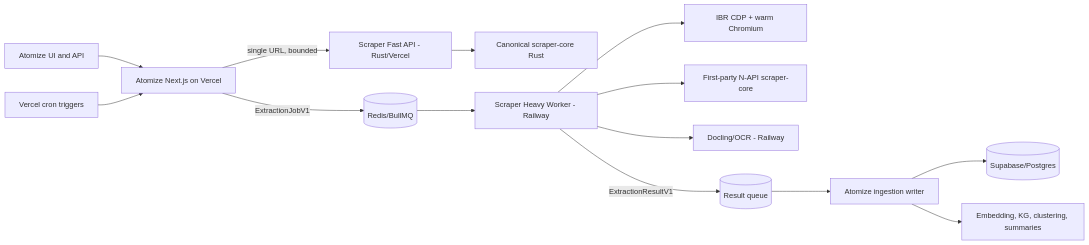
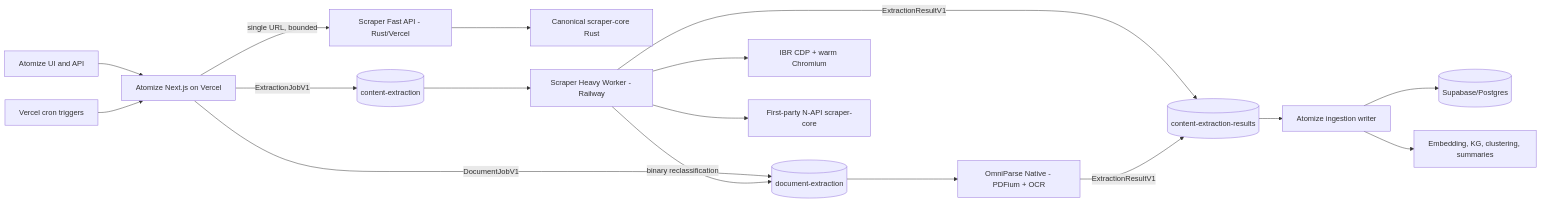
The diagram in docs/plans/2026-07-12-rust-hybrid-scraper-architecture.md (tyroneross/blog-content-scraper), drawn with Mermaid before and after one commit. The commit also changed other lines of this file and 2 other files, not shown here.

Commit message:
docs: design first-party native document parser

````diff
--- a/docs/plans/2026-07-12-rust-hybrid-scraper-architecture.md
+++ b/docs/plans/2026-07-12-rust-hybrid-scraper-architecture.md
@@ -158,16 +162,19 @@
 ```mermaid
 flowchart LR
   User[Atomize UI and API] --> Web[Atomize Next.js on Vercel]
   Cron[Vercel cron triggers] --> Web
   Web -->|single URL, bounded| Fast[Scraper Fast API - Rust/Vercel]
-  Web -->|ExtractionJobV1| Queue[(Redis/BullMQ)]
+  Web -->|ExtractionJobV1| Queue[(content-extraction)]
+  Web -->|DocumentJobV1| DocQ[(document-extraction)]
   Fast --> Core[Canonical scraper-core Rust]
   Queue --> Heavy[Scraper Heavy Worker - Railway]
   Heavy --> CDP[IBR CDP + warm Chromium]
   Heavy --> Native[First-party N-API scraper-core]
-  Heavy --> Doc[Docling/OCR - Railway]
-  Heavy -->|ExtractionResultV1| ResultQ[(Result queue)]
+  Heavy -->|binary reclassification| DocQ
+  DocQ --> Doc[OmniParse Native - PDFium + OCR]
+  Heavy -->|ExtractionResultV1| ResultQ[(content-extraction-results)]
+  Doc -->|ExtractionResultV1| ResultQ
   ResultQ --> Writer[Atomize ingestion writer]
   Writer --> DB[(Supabase/Postgres)]
   Writer --> Downstream[Embedding, KG, clustering, summaries]
 ```
````
